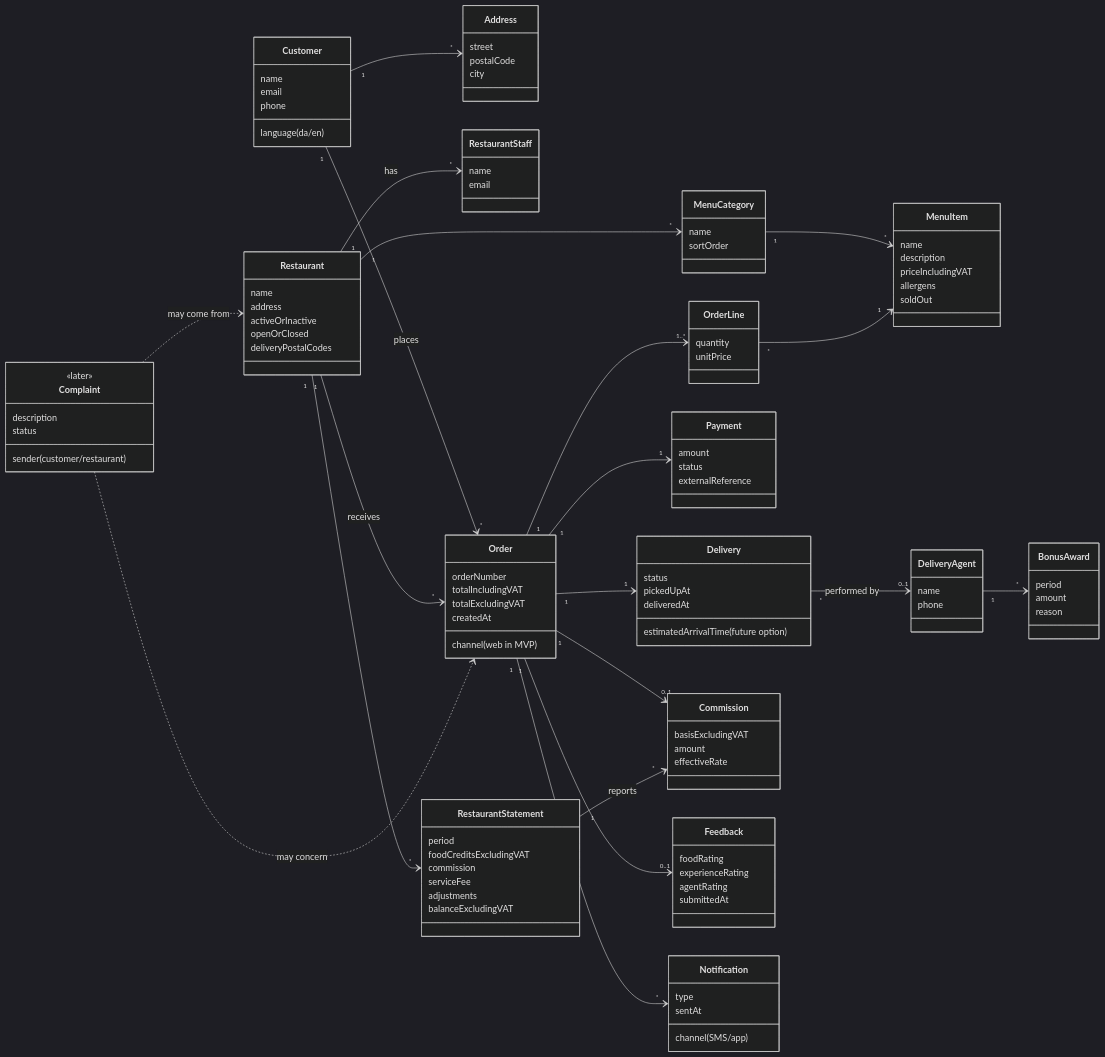
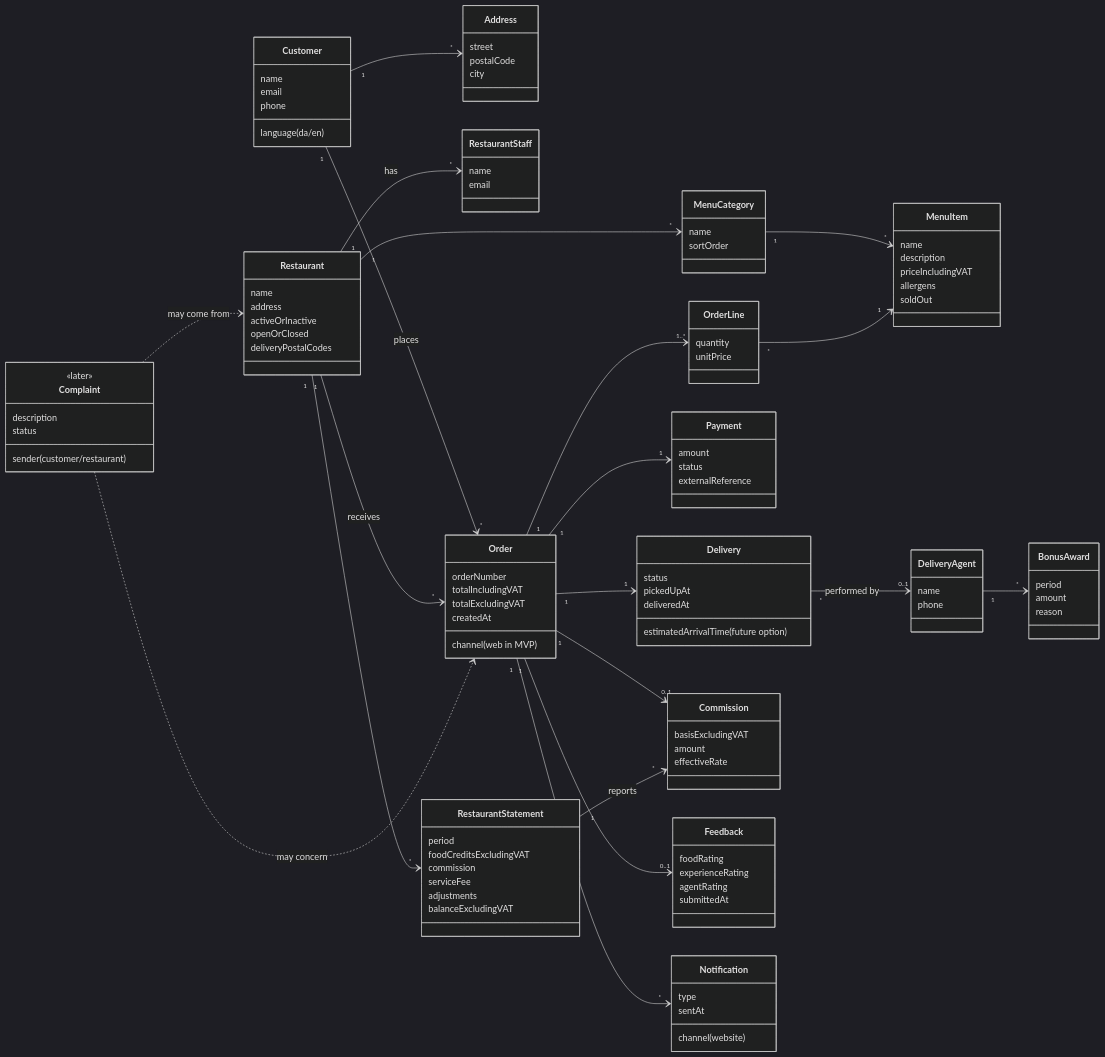
The second of 3 diagrams in apps/docs/src/content/docs/product/domain-model.mdx (DannyShayH/MTGO), drawn with Mermaid (dark theme) before and after one commit. The commit also changed other lines of this file and 7 other files, not shown here.

```diff
--- a/apps/docs/src/content/docs/product/domain-model.mdx
+++ b/apps/docs/src/content/docs/product/domain-model.mdx
@@ -172,7 +172,7 @@
     reason
   }
   class Notification {
-    channel (SMS/app)
+    channel (website)
     type
     sentAt
   }
```
